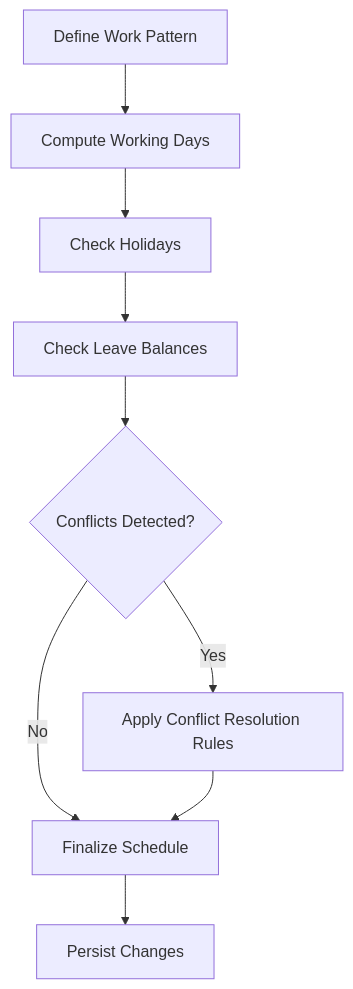
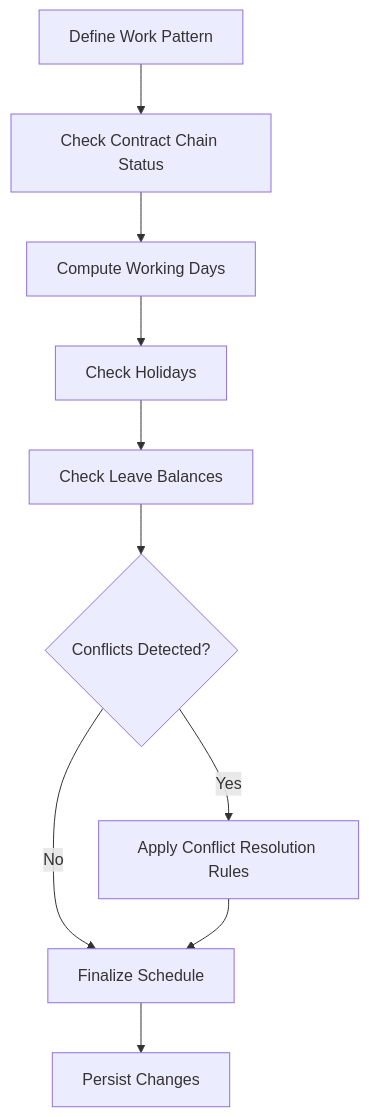
The seventh of 9 diagrams in .qoder/repowiki/en/content/Architecture Overview/Backend Architecture/Business Logic Layer/Core HR Business Logic/Employment Lifecycle Services.md (EdwinCycling/LiquidHR), drawn with Mermaid before and after one commit. The commit also changed other lines of this file and 73 other files, not shown here.

````diff
--- a/.qoder/repowiki/en/content/Architecture Overview/Backend Architecture/Business Logic Layer/Core HR Business Logic/Employment Lifecycle Services.md
+++ b/.qoder/repowiki/en/content/Architecture Overview/Backend Architecture/Business Logic Layer/Core HR Business Logic/Employment Lifecycle Services.md
@@ -312,11 +357,12 @@
 ```mermaid
 flowchart TD
-DefinePattern["Define Work Pattern"] --> ComputeDays["Compute Working Days"]
+DefinePattern["Define Work Pattern"] --> CheckContractChain["Check Contract Chain Status"]
+CheckContractChain --> ComputeDays["Compute Working Days"]
 ComputeDays --> CheckHolidays["Check Holidays"]
 CheckHolidays --> CheckLeave["Check Leave Balances"]
 CheckLeave --> DetectConflicts{"Conflicts Detected?"}
 DetectConflicts --> |Yes| ResolveConflicts["Apply Conflict Resolution Rules"]
 DetectConflicts --> |No| FinalizeSchedule["Finalize Schedule"]
 ResolveConflicts --> FinalizeSchedule
 FinalizeSchedule --> Persist["Persist Changes"]
 ```
````
